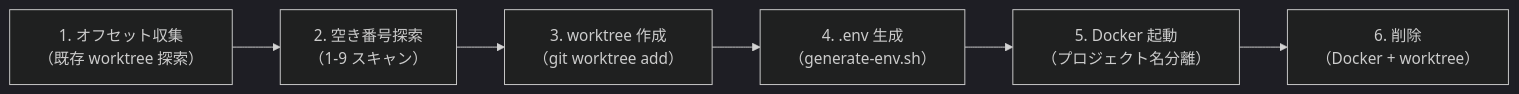
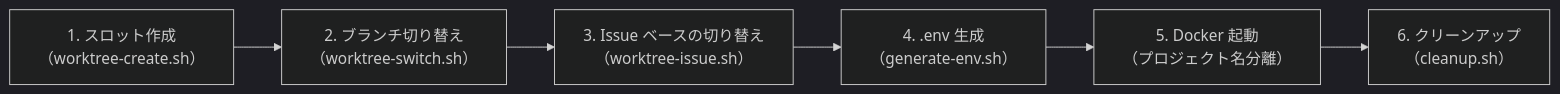
The first of 7 diagrams in docs/07_実装解説/03_並行開発環境/02_並行開発環境_コード解説.md (ka2kama/ringiflow), drawn with Mermaid (dark theme) before and after one commit. The commit also changed other lines of this file and 14 other files, not shown here.

````diff
--- a/docs/07_実装解説/03_並行開発環境/02_並行開発環境_コード解説.md
+++ b/docs/07_実装解説/03_並行開発環境/02_並行開発環境_コード解説.md
@@ -20,8 +21,8 @@
 ```mermaid
 flowchart LR
-    A["1. オフセット収集<br/>（既存 worktree 探索）"] --> B["2. 空き番号探索<br/>（1-9 スキャン）"]
-    B --> C["3. worktree 作成<br/>（git worktree add）"]
+    A["1. スロット作成<br/>（worktree-create.sh）"] --> B["2. ブランチ切り替え<br/>（worktree-switch.sh）"]
+    B --> C["3. Issue ベースの切り替え<br/>（worktree-issue.sh）"]
     C --> D["4. .env 生成<br/>（generate-env.sh）"]
     D --> E["5. Docker 起動<br/>（プロジェクト名分離）"]
-    E --> F["6. 削除<br/>（Docker + worktree）"]
+    E --> F["6. クリーンアップ<br/>（cleanup.sh）"]
 ```
````
